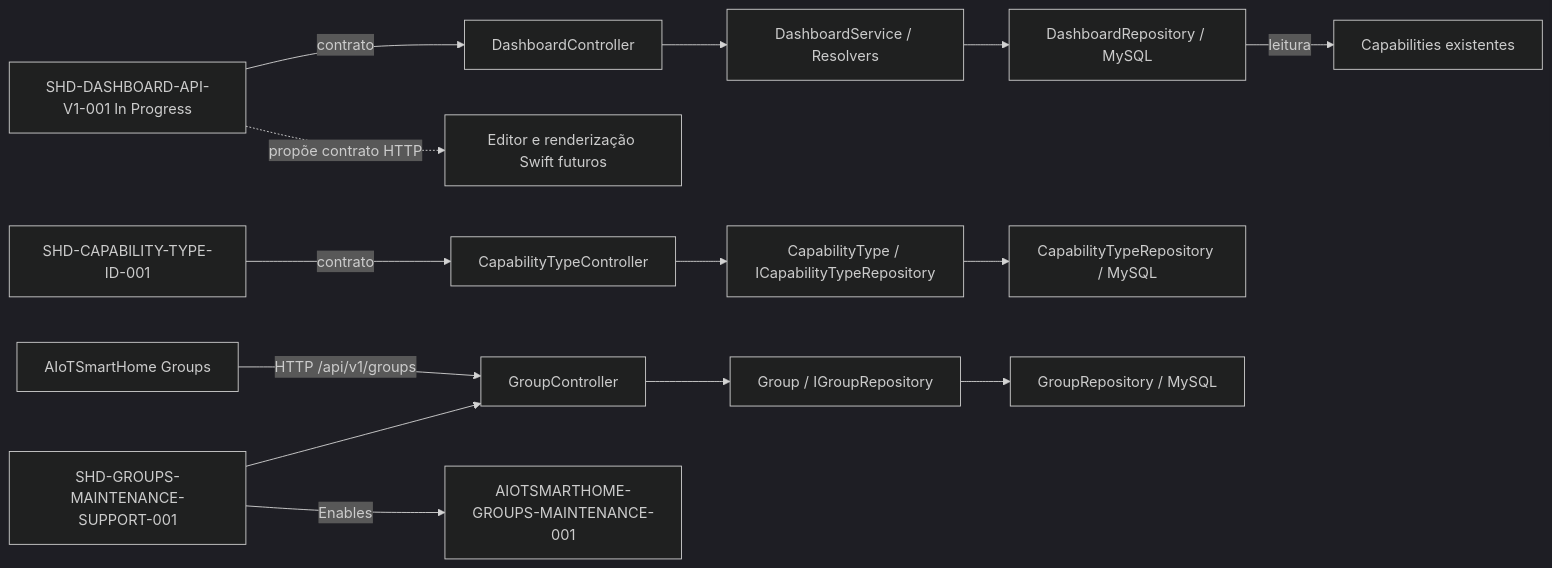
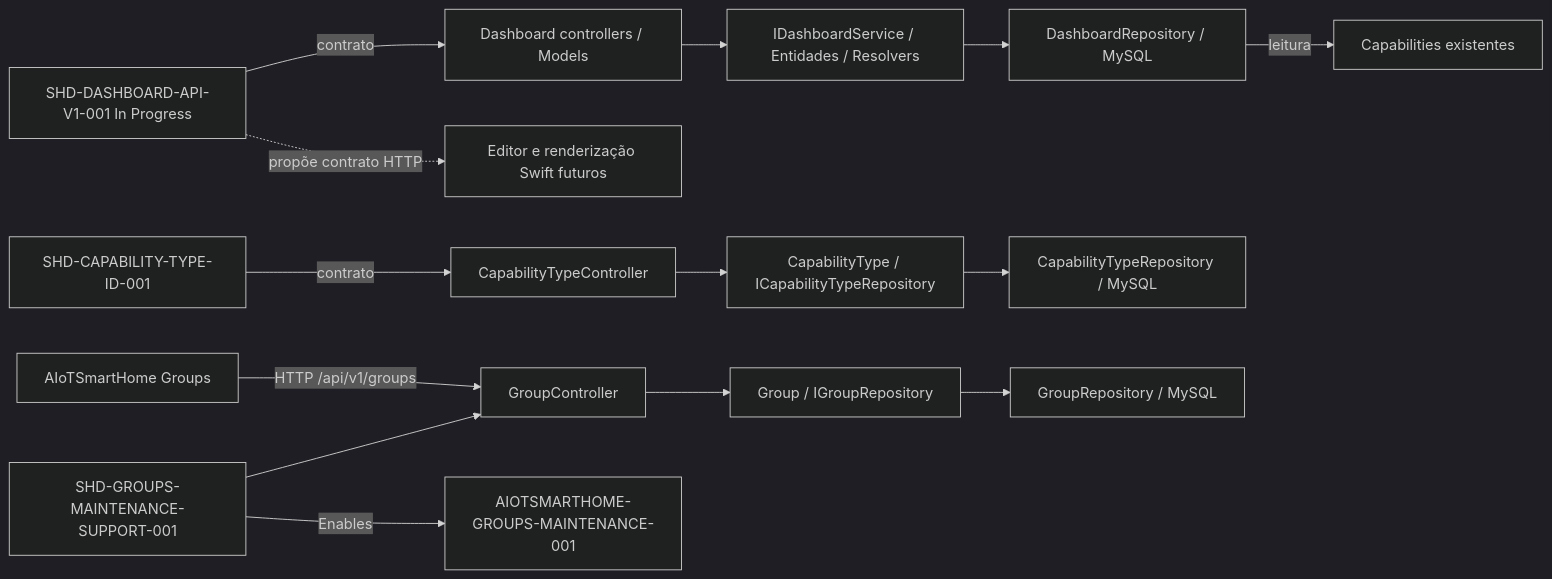
The diagram in docs/rfc/KNOWLEDGE-MAP.md (iotsmartsys/SmartHome-DeviceApi), drawn with Mermaid (dark theme) before and after one commit. The commit also changed other lines of this file and 48 other files, not shown here.

Commit message:
refactor: redo dashboard API using repository contracts and conventions

````diff
--- a/docs/rfc/KNOWLEDGE-MAP.md
+++ b/docs/rfc/KNOWLEDGE-MAP.md
@@ -68,16 +68,16 @@
 ```mermaid
 flowchart LR
-    DASHSPEC[SHD-DASHBOARD-API-V1-001 In Progress] -->|contrato| DASHAPI[DashboardController]
-    DASHAPI --> DASHCORE[DashboardService / Resolvers]
+    DASHSPEC[SHD-DASHBOARD-API-V1-001 In Progress] -->|contrato| DASHAPI[Dashboard controllers / Models]
+    DASHAPI --> DASHCORE[IDashboardService / Entidades / Resolvers]
     DASHCORE --> DASHDB[DashboardRepository / MySQL]
     DASHDB -->|leitura| DASHCAP[Capabilities existentes]
     DASHSPEC -.->|propõe contrato HTTP| DASHAPP[Editor e renderização Swift futuros]
     CTSPEC[SHD-CAPABILITY-TYPE-ID-001] -->|contrato| CTAPI[CapabilityTypeController]
     CTAPI --> CTCORE[CapabilityType / ICapabilityTypeRepository]
     CTCORE --> CTDB[CapabilityTypeRepository / MySQL]
     APP[AIoTSmartHome Groups] -->|HTTP /api/v1/groups| API[GroupController]
     SPEC[SHD-GROUPS-MAINTENANCE-SUPPORT-001] --> API
     API --> CORE[Group / IGroupRepository]
     CORE --> DB[GroupRepository / MySQL]
     SPEC -->|Enables| APPSPEC[AIOTSMARTHOME-GROUPS-MAINTENANCE-001]
 ```
````
